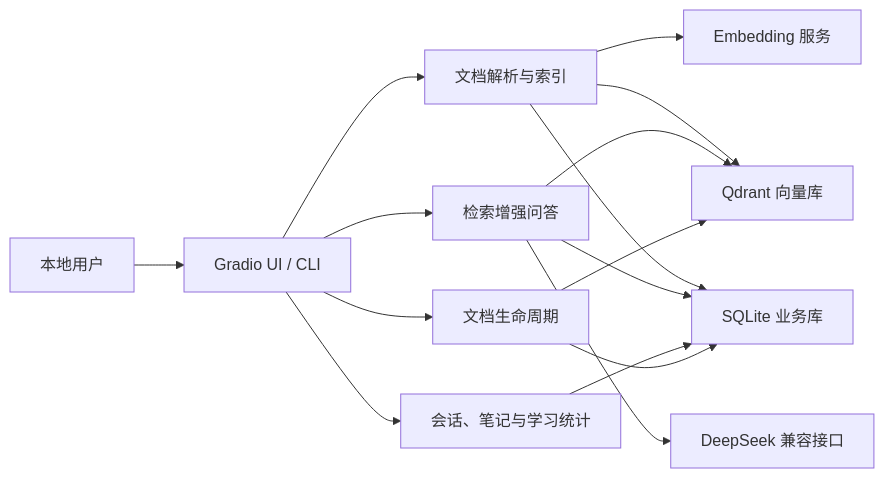
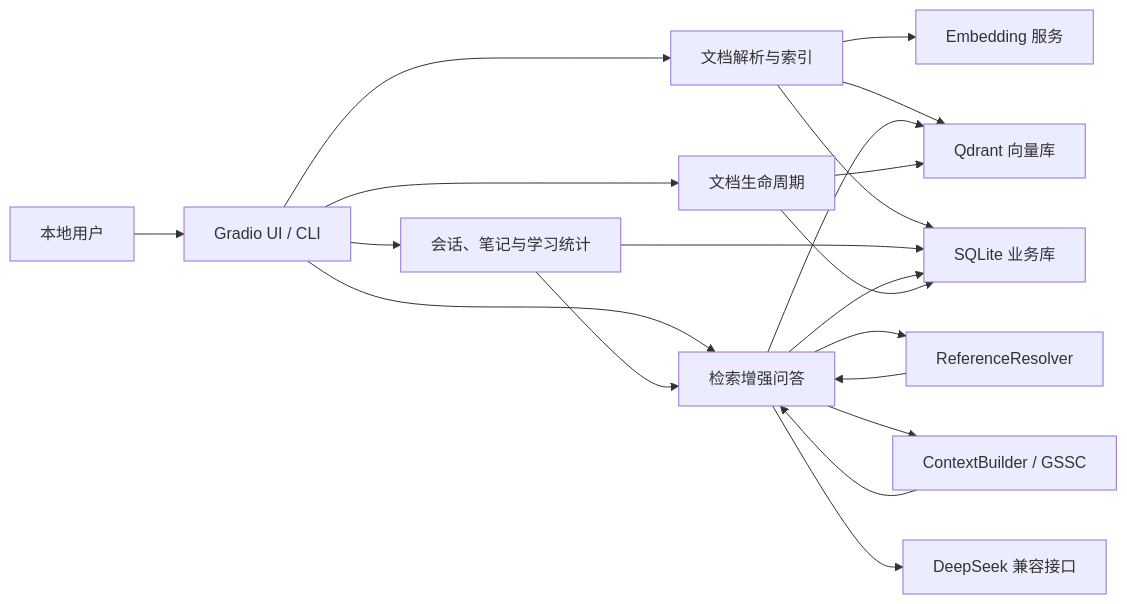
The diagram in docs/architecture.md (wcnm8888/agent3-document-learning-assistant), drawn with Mermaid before and after one commit. The commit also changed other lines of this file and 8 other files, not shown here.

Commit message:
docs(context): record CTX-001 local delivery

````diff
--- a/docs/architecture.md
+++ b/docs/architecture.md
@@ -11,17 +11,22 @@
 ```mermaid
 flowchart LR
     U["本地用户"] --> UI["Gradio UI / CLI"]
     UI --> ING["文档解析与索引"]
     UI --> QA["检索增强问答"]
     UI --> LEARN["会话、笔记与学习统计"]
     UI --> LIFE["文档生命周期"]
     ING --> EMB["Embedding 服务"]
     ING --> QD["Qdrant 向量库"]
     ING --> DB["SQLite 业务库"]
     QA --> QD
+    LEARN --> QA
+    LEARN --> DB
+    QA --> REF["ReferenceResolver"]
+    REF --> QA
+    QA --> CTX["ContextBuilder / GSSC"]
+    CTX --> QA
     QA --> LLM["DeepSeek 兼容接口"]
     QA --> DB
-    LEARN --> DB
     LIFE --> DB
     LIFE --> QD
 ```
````
